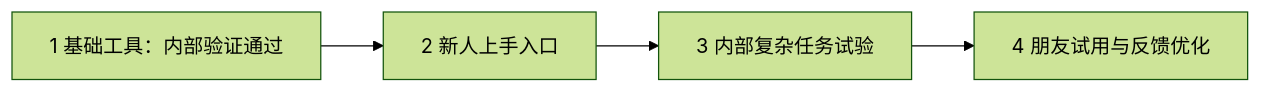
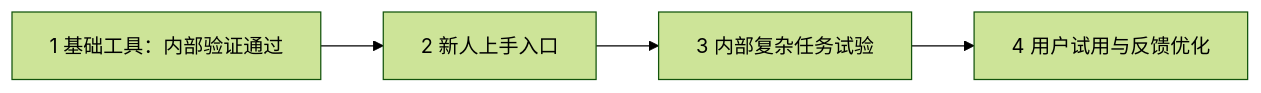
Before and after one commit to p1utonium/PAAR-aicoding-lite: the diagram in README.md, drawn with Mermaid (forest theme). The commit also changed other lines of this file, not shown here.

````diff
--- a/README.md
+++ b/README.md
@@ -82,6 +82,6 @@
 ```mermaid
 flowchart LR
   A["1 基础工具：内部验证通过"] --> B["2 新人上手入口"]
   B --> C["3 内部复杂任务试验"]
-  C --> D["4 朋友试用与反馈优化"]
+  C --> D["4 用户试用与反馈优化"]
 ```
````
